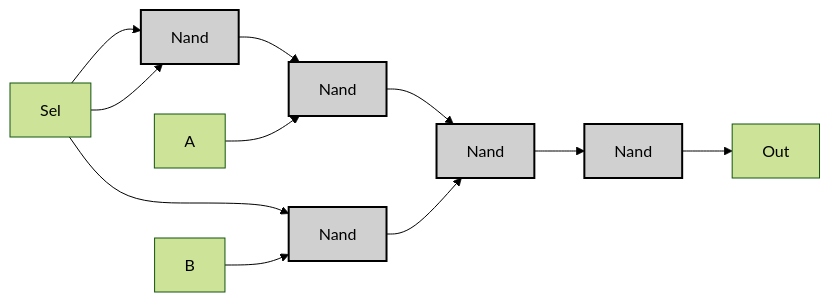
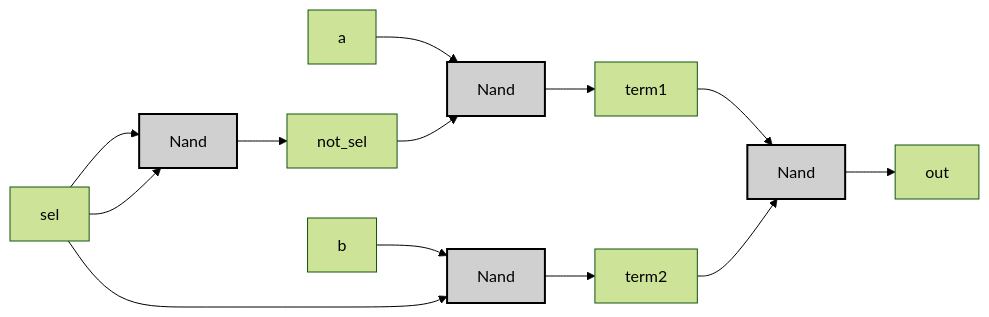
The second of 2 diagrams in 99_Projects/Nand2Tetris/HackHDL/05_Mux.md (MeJamoLeo/Vault_Templates), drawn with Mermaid (forest theme) before and after one commit. The commit also changed other lines of this file, not shown here.

````diff
--- a/99_Projects/Nand2Tetris/HackHDL/05_Mux.md
+++ b/99_Projects/Nand2Tetris/HackHDL/05_Mux.md
@@ -138,15 +157,17 @@
 ```mermaid
 graph LR;
-    Sel["Sel"] --> Nand1["Nand"]:::gate;
-    Sel --> Nand1;
-    Nand1 --> Nand2["Nand"]:::gate;
-    A["A"] --> Nand2;
-    Sel --> Nand3["Nand"]:::gate;
-    B["B"] --> Nand3;
-    Nand2 --> Nand4["Nand"]:::gate;
-    Nand3 --> Nand4;
-    Nand4 --> Nand5["Nand"]:::gate;
-    Nand5 --> OUT["Out"];
+    sel["sel"] --> Nand1["Nand"]:::gate
+    sel --> Nand1
+    Nand1 --> not_sel
+    a["a"] --> Nand2["Nand"]:::gate
+    not_sel --> Nand2
+    b["b"] --> Nand3["Nand"]:::gate
+    sel --> Nand3
+    Nand2 --> term1
+    Nand3 --> term2
+    term1 --> Nand4["Nand"]:::gate
+    term2 --> Nand4
+    Nand4 --> out["out"]
     
     classDef gate fill:#d0d0d0,stroke:#000,stroke-width:2px;
 ```
````
